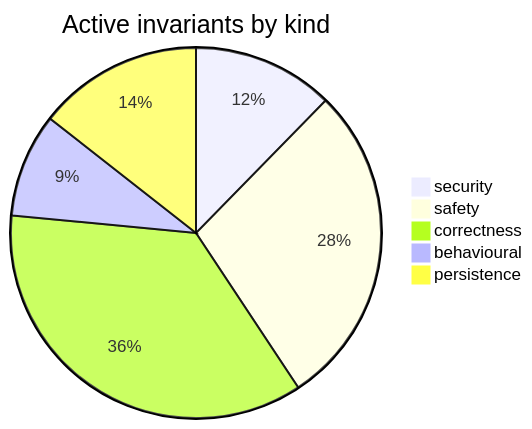
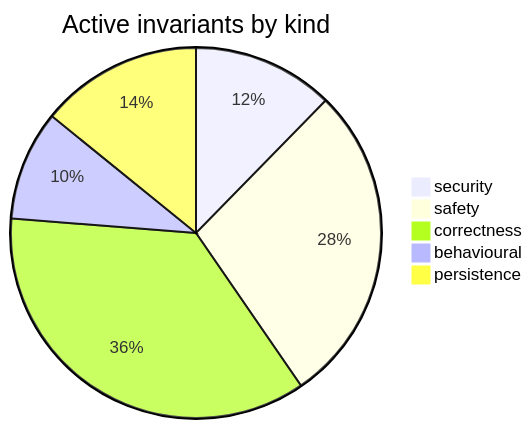
One commit to Lbstrydom/claude-engineering-skills changed the diagram in docs/requirements-map.md. Above: the diagram before and after it, drawn with Mermaid. The commit also changed other lines of this file and 26 other files, not shown here.

````diff
--- a/docs/requirements-map.md
+++ b/docs/requirements-map.md
@@ -7,8 +7,8 @@
 ```mermaid
 pie title Active invariants by kind
-  "security" : 53
-  "safety" : 122
-  "correctness" : 154
-  "behavioural" : 39
+  "security" : 54
+  "safety" : 123
+  "correctness" : 157
+  "behavioural" : 42
   "persistence" : 62
 ```
````
